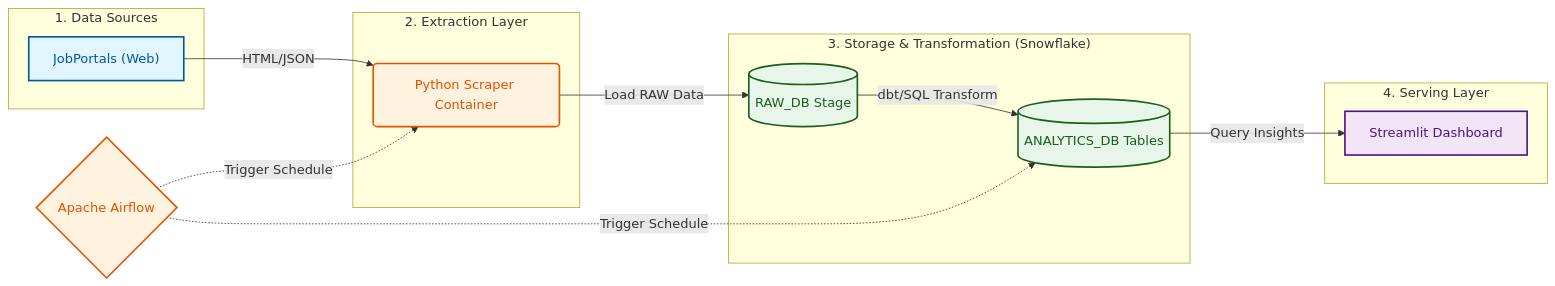
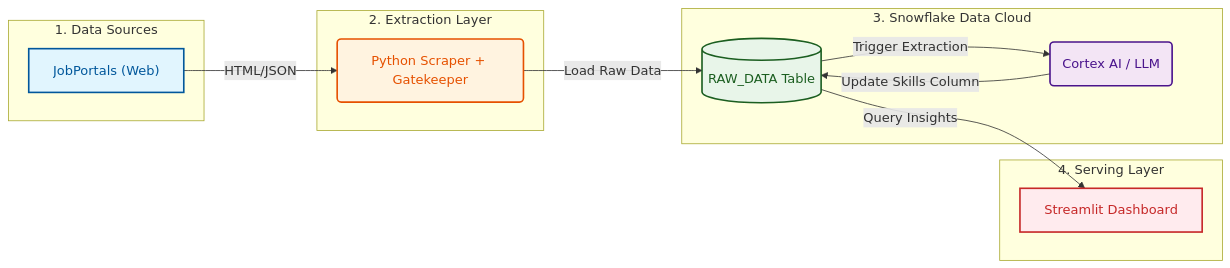
Before and after one commit to bwahyuh/JOB-RADAR: the diagram in README.md, drawn with Mermaid. The commit also changed other lines of this file, not shown here.

First line of the commit message:
Revise README for AI-Powered Data Engineering Tracker

````diff
--- a/README.md
+++ b/README.md
@@ -26,37 +38,35 @@
 ```mermaid
 graph LR
     %% Node Definitions with Styles
     classDef source fill:#e1f5fe,stroke:#01579b,stroke-width:2px,color:#01579b;
     classDef ingestion fill:#fff3e0,stroke:#e65100,stroke-width:2px,color:#e65100;
     classDef storage fill:#e8f5e9,stroke:#1b5e20,stroke-width:2px,color:#1b5e20;
-    classDef serving fill:#f3e5f5,stroke:#4a148c,stroke-width:2px,color:#4a148c;
+    classDef ai fill:#f3e5f5,stroke:#4a148c,stroke-width:2px,color:#4a148c;
+    classDef serving fill:#ffebee,stroke:#c62828,stroke-width:2px,color:#c62828;
 
     %% The Flow
     subgraph Sources ["1. Data Sources"]
         A["JobPortals (Web)"]:::source
     end
 
     subgraph Ingestion ["2. Extraction Layer"]
-        B(Python Scraper Container):::ingestion
+        B(Python Scraper + Gatekeeper):::ingestion
     end
 
-    subgraph Warehouse ["3. Storage & Transformation (Snowflake)"]
-        C[(RAW_DB Stage)]:::storage
-        D[(ANALYTICS_DB Tables)]:::storage
+    subgraph Warehouse ["3. Snowflake Data Cloud"]
+        C[(RAW_DATA Table)]:::storage
+        D(Cortex AI / LLM):::ai
     end
 
     subgraph Serving ["4. Serving Layer"]
         E[Streamlit Dashboard]:::serving
     end
-    
-    %% Orchestration Node
-    F{Apache Airflow}:::ingestion
 
     %% Connections
     A -->|HTML/JSON| B
-    B -->|Load RAW Data| C
-    C -->|dbt/SQL Transform| D
-    D -->|Query Insights| E
-    F -.->|Trigger Schedule| B
-    F -.->|Trigger Schedule| D
+    B -->|Load Raw Data| C
+    C -->|Trigger Extraction| D
+    D -->|Update Skills Column| C
+    C -->|Query Insights| E
+
 ```
````
